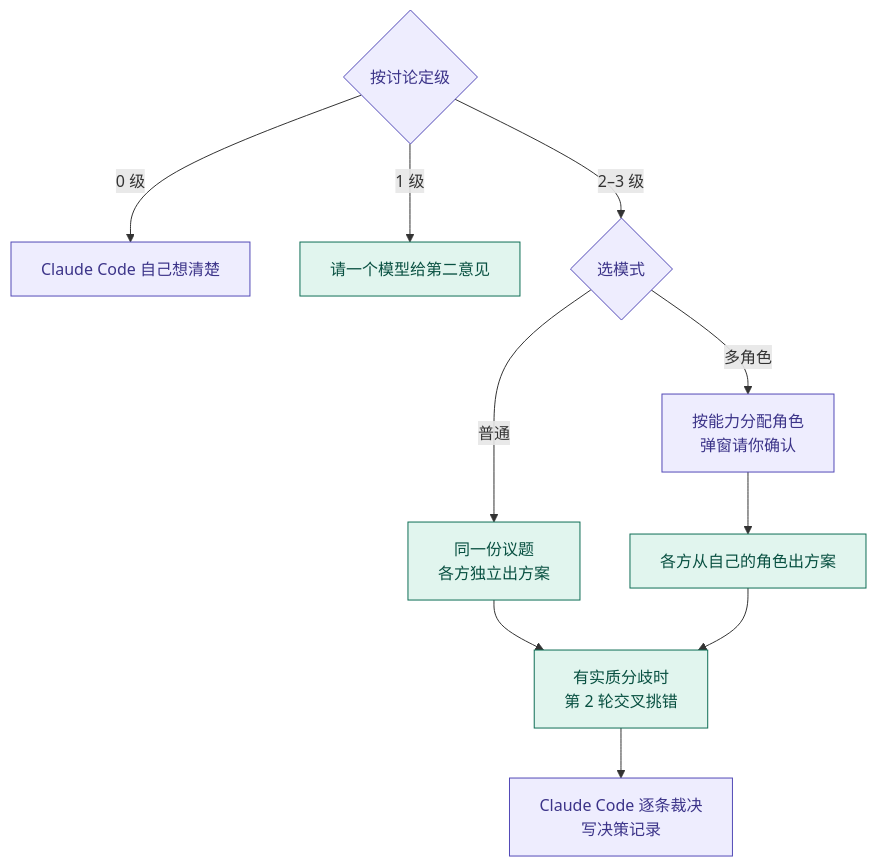
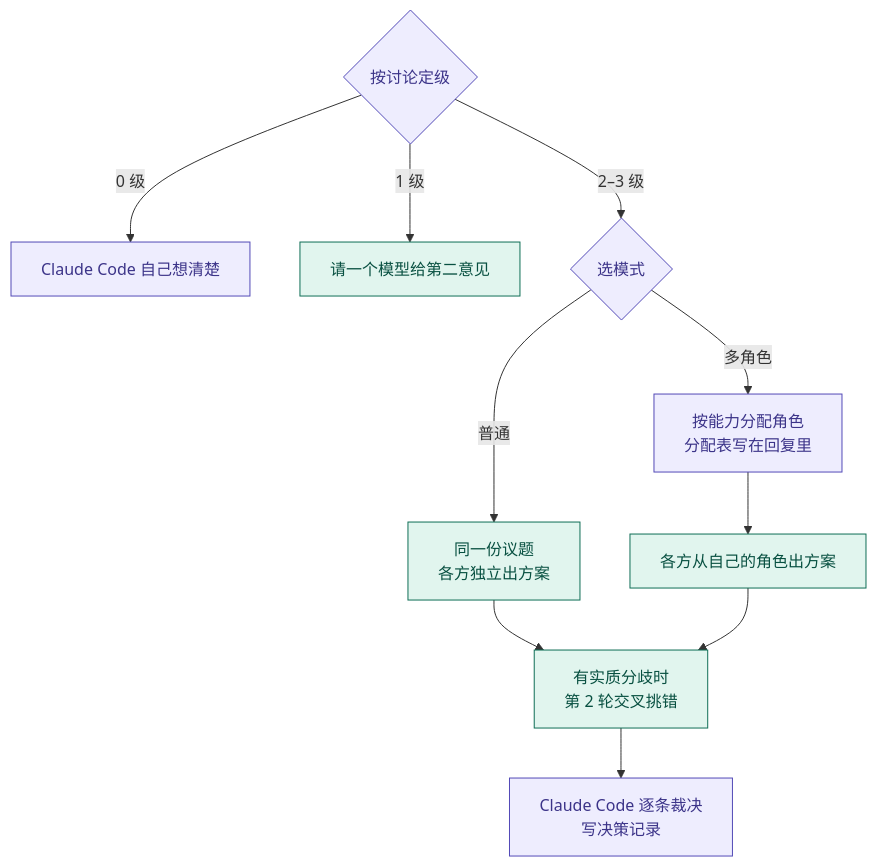
One commit to DaydayupV/claude-foreman changed the second of 4 diagrams in README.zh-CN.md. Above: the diagram before and after it, drawn with Mermaid. The commit also changed other lines of this file and 21 other files, not shown here.

````diff
--- a/README.zh-CN.md
+++ b/README.zh-CN.md
@@ -96,17 +96,17 @@
 ```mermaid
 flowchart TD
     d0{"按讨论定级"} -- "0 级" --> dself["Claude Code 自己想清楚"]
     d0 -- "1 级" --> dqa["请一个模型给第二意见"]
     d0 -- "2–3 级" --> dmode{"选模式"}
     dmode -- "普通" --> dnormal["同一份议题<br/>各方独立出方案"]
-    dmode -- "多角色" --> droles["按能力分配角色<br/>弹窗请你确认"]
+    dmode -- "多角色" --> droles["按能力分配角色<br/>分配表写在回复里"]
     droles --> dcards["各方从自己的角色出方案"]
     dnormal --> dcross["有实质分歧时<br/>第 2 轮交叉挑错"]
     dcards --> dcross
     dcross --> ddecide["Claude Code 逐条裁决<br/>写决策记录"]
 
     classDef claude fill:#EEEDFE,stroke:#534AB7,color:#3C3489
     classDef agent fill:#E1F5EE,stroke:#0F6E56,color:#085041
     class d0,dself,dmode,droles,ddecide claude
     class dqa,dnormal,dcards,dcross agent
 ```
````
